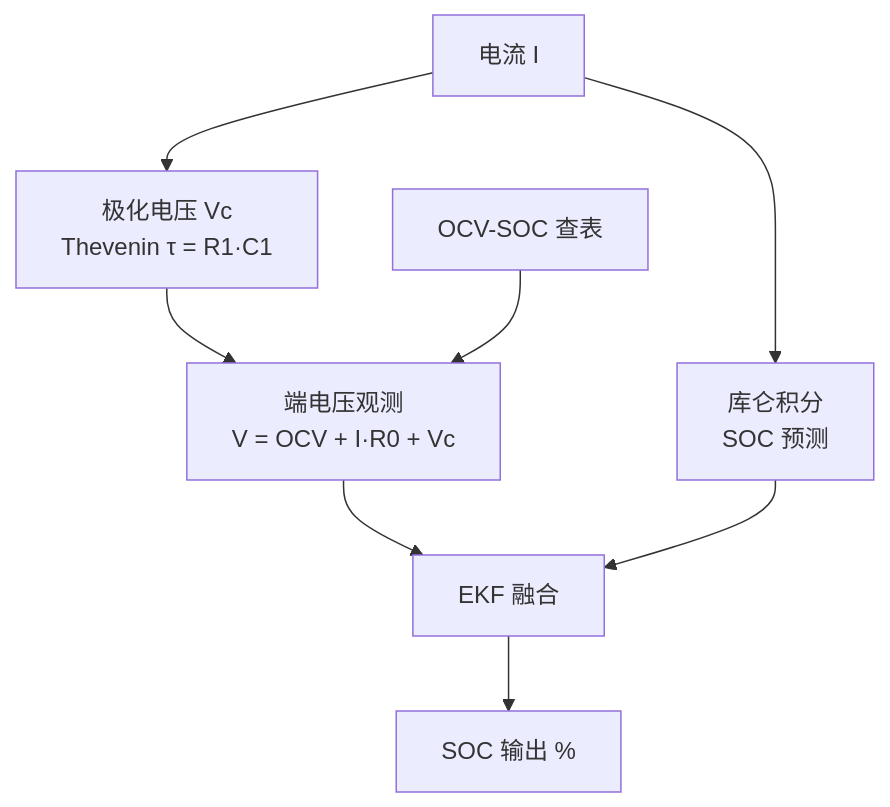
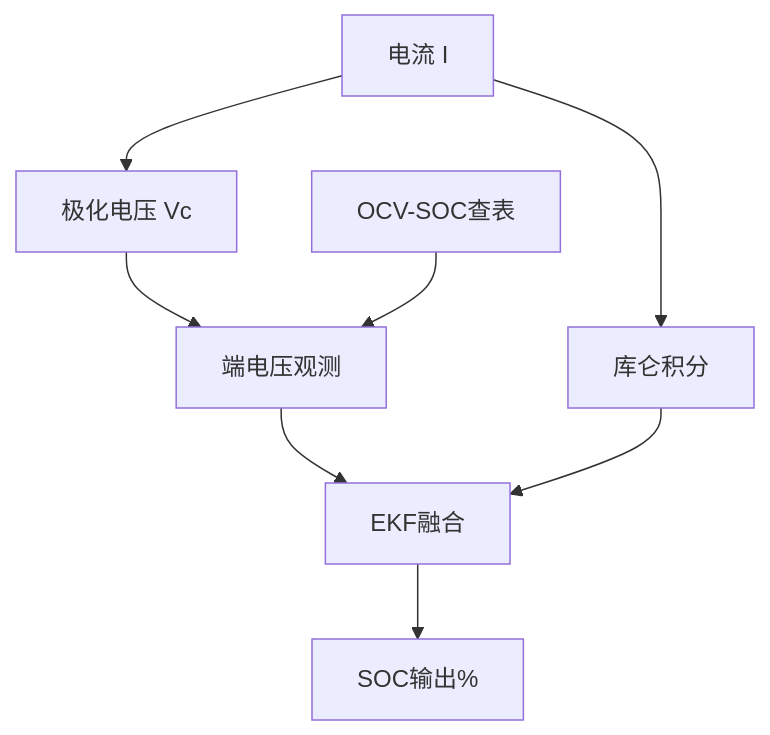
One commit to QingFeng616/QingFeng616.github.io changed the second of 2 diagrams in docs/projects/BMS项目博客.md. Above: the diagram before and after it, drawn with Mermaid. The commit also changed other lines of this file and 2 other files, not shown here.

Commit message:
修复表格加流程图

````diff
--- a/docs/projects/BMS项目博客.md
+++ b/docs/projects/BMS项目博客.md
@@ -88,10 +88,10 @@
 ```mermaid
 flowchart TD
-    I["电流 I"] --> CI["库仑积分<br/>SOC 预测"]
-    I --> Vc["极化电压 Vc<br/>Thevenin τ = R1·C1"]
-    Vc --> Voc["端电压观测<br/>V = OCV + I·R0 + Vc"]
-    OCV["OCV-SOC 查表"] --> Voc
-    Voc --> EKF["EKF 融合"]
-    CI --> EKF
-    EKF --> SOC["SOC 输出 %"]
+    I["电流 I"]-->CI["库仑积分"]
+    I-->Vc["极化电压 Vc"]
+    Vc-->Voc["端电压观测"]
+    OCV["OCV-SOC查表"]-->Voc
+    Voc-->EKF["EKF融合"]
+    CI-->EKF
+    EKF-->SOC["SOC输出%"]
 ```
````
